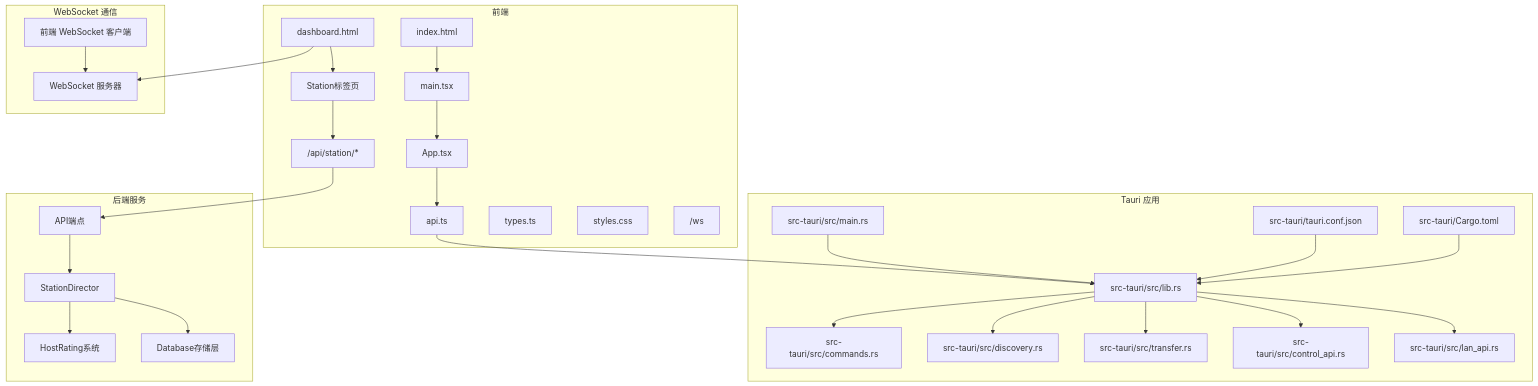
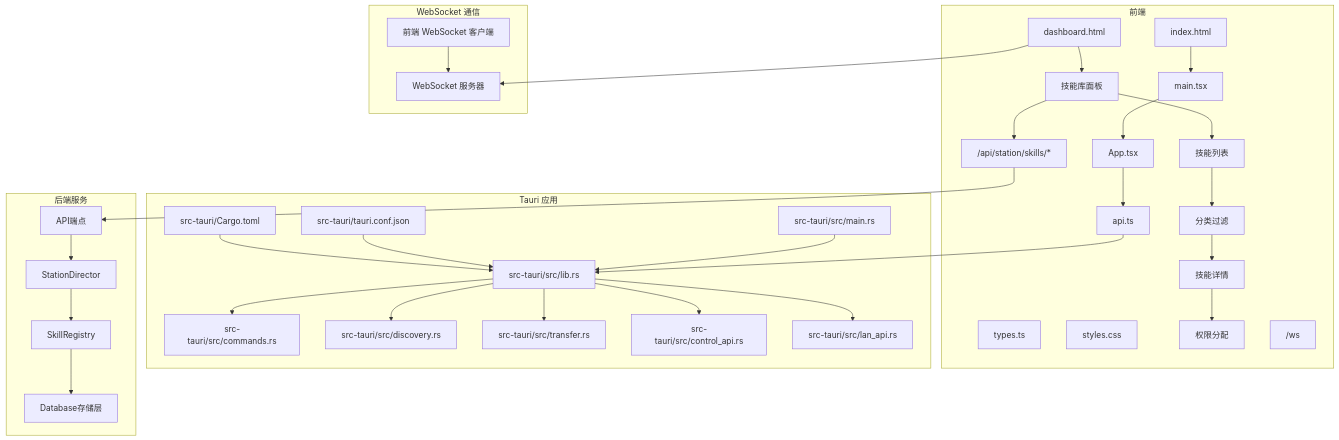
One commit to targalian/Personal-distributed-workstation changed the first of 5 diagrams in .qoder/repowiki/zh/content/前端应用架构/前端应用架构.md. Above: the diagram before and after it, drawn with Mermaid. The commit also changed other lines of this file and 92 other files, not shown here.

````diff
--- a/.qoder/repowiki/zh/content/前端应用架构/前端应用架构.md
+++ b/.qoder/repowiki/zh/content/前端应用架构/前端应用架构.md
@@ -66,55 +69,63 @@
 ```mermaid
 graph TB
 subgraph "前端"
 FE_Index["index.html"]
 FE_Main["main.tsx"]
 FE_App["App.tsx"]
 FE_API["api.ts"]
 FE_Types["types.ts"]
 FE_CSS["styles.css"]
 WEB_DASHBOARD["dashboard.html"]
-STATION_PANEL["Station标签页"]
-ENDPOINT_STATION["/api/station/*"]
+SKILLS_PANEL["技能库面板"]
+SKILL_LIST["技能列表"]
+SKILL_FILTER["分类过滤"]
+SKILL_DETAIL["技能详情"]
+SKILL_ASSIGN["权限分配"]
+ENDPOINT_SKILLS["/api/station/skills/*"]
 ENDPOINT_WS["/ws"]
 end
 subgraph "Tauri 应用"
 RS_Main["src-tauri/src/main.rs"]
 RS_Lib["src-tauri/src/lib.rs"]
 RS_Cmd["src-tauri/src/commands.rs"]
 RS_Discovery["src-tauri/src/discovery.rs"]
 RS_Transfer["src-tauri/src/transfer.rs"]
 RS_Control["src-tauri/src/control_api.rs"]
 RS_LanAPI["src-tauri/src/lan_api.rs"]
 RS_Cfg["src-tauri/tauri.conf.json"]
 RS_Cargo["src-tauri/Cargo.toml"]
 end
 subgraph "WebSocket 通信"
 WS_Server["WebSocket 服务器"]
 WS_Client["前端 WebSocket 客户端"]
 end
 subgraph "后端服务"
 STATION_DIRECTOR["StationDirector"]
-HOST_RATING["HostRating系统"]
+SKILL_REGISTRY["SkillRegistry"]
 DB_LAYER["Database存储层"]
 API_ENDPOINTS["API端点"]
 end
 FE_Index --> FE_Main --> FE_App
 FE_App --> FE_API
 FE_API --> RS_Lib
 RS_Lib --> RS_Cmd
 RS_Lib --> RS_Discovery
 RS_Lib --> RS_Transfer
 RS_Lib --> RS_Control
 RS_Lib --> RS_LanAPI
 RS_Main --> RS_Lib
 RS_Cfg --> RS_Lib
 RS_Cargo --> RS_Lib
-WEB_DASHBOARD --> STATION_PANEL
-STATION_PANEL --> ENDPOINT_STATION
-ENDPOINT_STATION --> API_ENDPOINTS
+WEB_DASHBOARD --> SKILLS_PANEL
+SKILLS_PANEL --> SKILL_LIST
+SKILL_LIST --> SKILL_FILTER
+SKILL_FILTER --> SKILL_DETAIL
+SKILL_DETAIL --> SKILL_ASSIGN
+SKILLS_PANEL --> ENDPOINT_SKILLS
+ENDPOINT_SKILLS --> API_ENDPOINTS
 API_ENDPOINTS --> STATION_DIRECTOR
-STATION_DIRECTOR --> HOST_RATING
-STATION_DIRECTOR --> DB_LAYER
+STATION_DIRECTOR --> SKILL_REGISTRY
+SKILL_REGISTRY --> DB_LAYER
 WEB_DASHBOARD --> WS_Server
 WS_Client --> WS_Server
 ```
````
